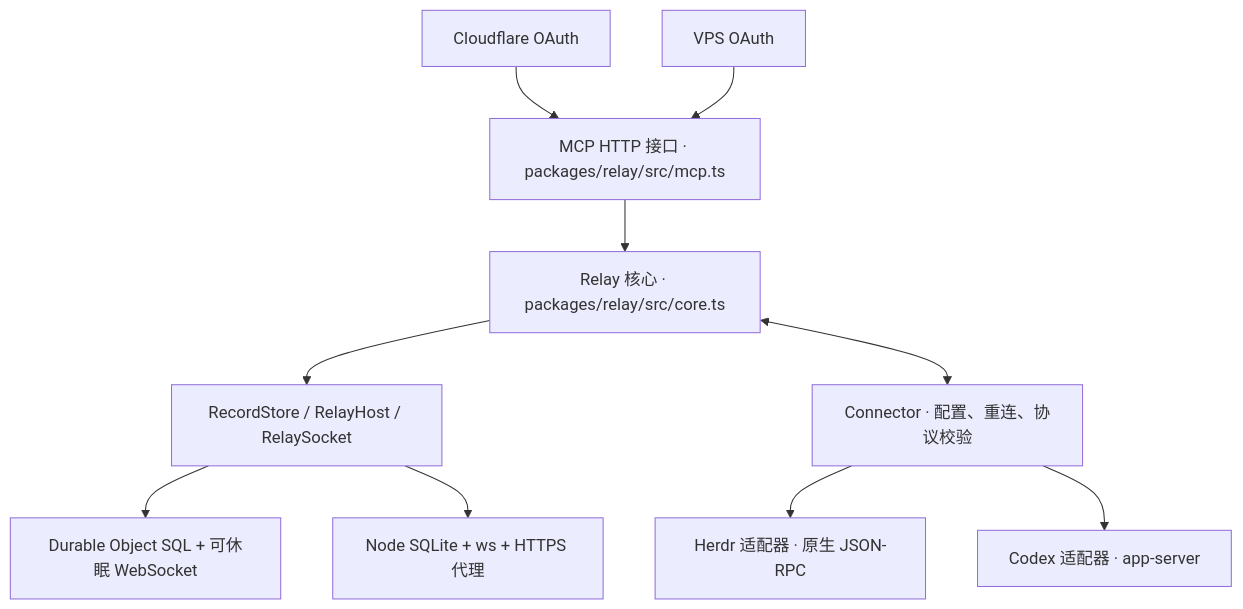
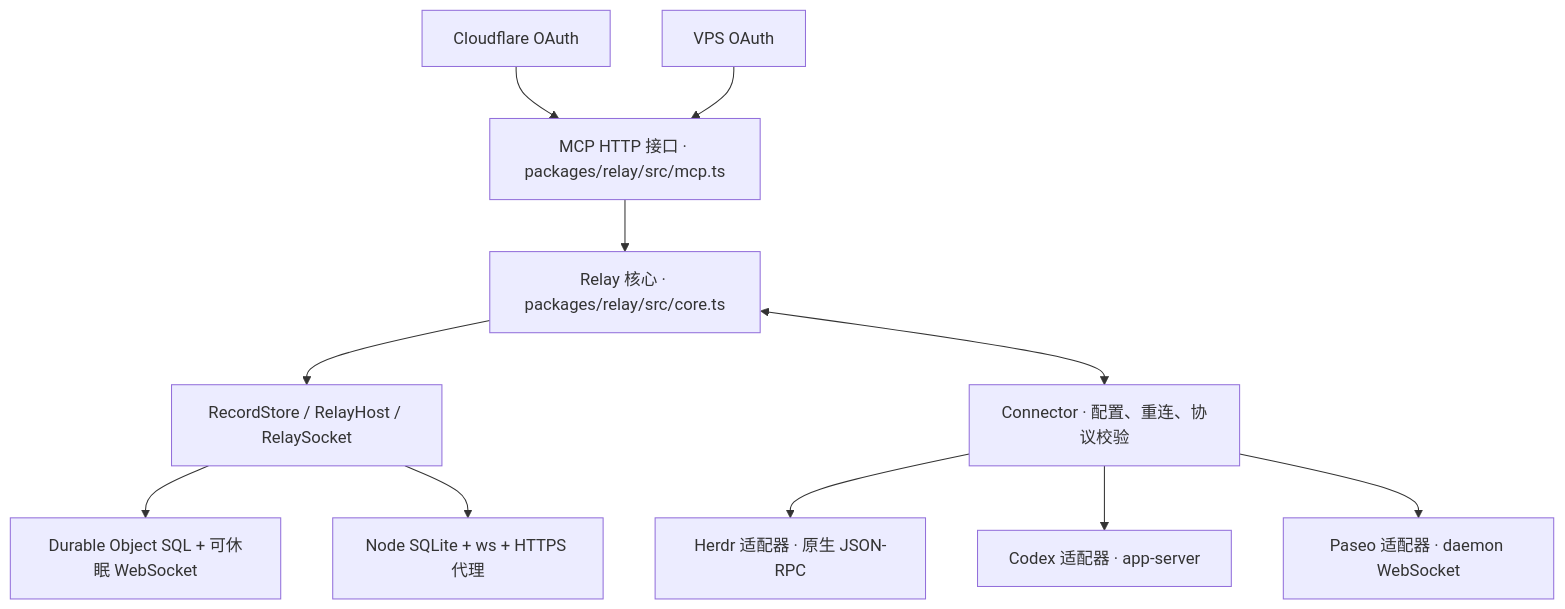
The diagram in design/architecture.zh-CN.md (AkaraChen/agenvo), drawn with Mermaid before and after one commit. The commit also changed other lines of this file and 32 other files, not shown here.

Commit message:
feat(paseo): attach native daemon with isolated integration coverage

````diff
--- a/design/architecture.zh-CN.md
+++ b/design/architecture.zh-CN.md
@@ -9,12 +9,13 @@
 ```mermaid
 flowchart TB
   MCP["MCP HTTP 接口 · packages/relay/src/mcp.ts"] --> CORE["Relay 核心 · packages/relay/src/core.ts"]
   CF["Cloudflare OAuth"] --> MCP
   VPS["VPS OAuth"] --> MCP
   CORE --> PORT["RecordStore / RelayHost / RelaySocket"]
   PORT --> DO["Durable Object SQL + 可休眠 WebSocket"]
   PORT --> NODE["Node SQLite + ws + HTTPS 代理"]
   CORE <--> CON["Connector · 配置、重连、协议校验"]
   CON --> HERDR["Herdr 适配器 · 原生 JSON-RPC"]
   CON --> CODEX["Codex 适配器 · app-server"]
+  CON --> PASEO["Paseo 适配器 · daemon WebSocket"]
 ```
````
